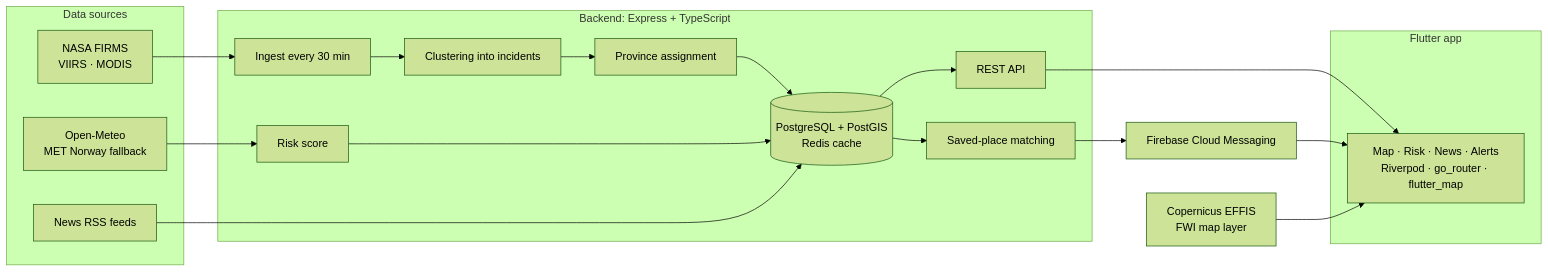
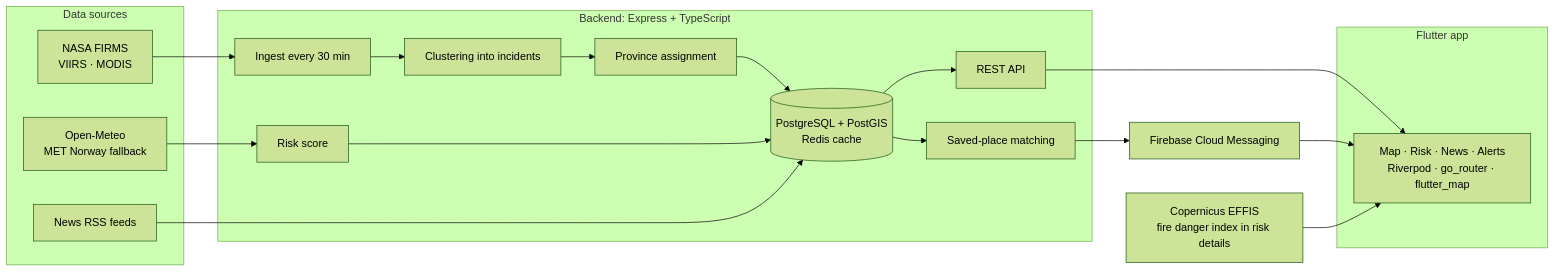
One commit to OrhanIzmirli/firewatch-tr changed the diagram in README.md. Above: the diagram before and after it, drawn with Mermaid (forest theme). The commit also changed 1 other file, not shown here.

Commit message:
Remove the FWI map layer from the README and store listing

````diff
--- a/README.md
+++ b/README.md
@@ -35,32 +35,32 @@
 ```mermaid
 flowchart LR
   subgraph S[Data sources]
     N["NASA FIRMS<br/>VIIRS · MODIS"]
     W["Open-Meteo<br/>MET Norway fallback"]
     R[News RSS feeds]
   end
 
   subgraph B[Backend: Express + TypeScript]
     I[Ingest every 30 min]
     C[Clustering into incidents]
     P[Province assignment]
     K[Risk score]
     A[REST API]
     M[Saved-place matching]
     D[("PostgreSQL + PostGIS<br/>Redis cache")]
   end
 
   N --> I --> C --> P --> D
   W --> K --> D
   R --> D
   D --> A
   D --> M --> F[Firebase Cloud Messaging]
 
   subgraph App[Flutter app]
     U["Map · Risk · News · Alerts<br/>Riverpod · go_router · flutter_map"]
   end
 
   A --> U
   F --> U
-  E["Copernicus EFFIS<br/>FWI map layer"] --> U
+  E["Copernicus EFFIS<br/>fire danger index in risk details"] --> U
 ```
````
